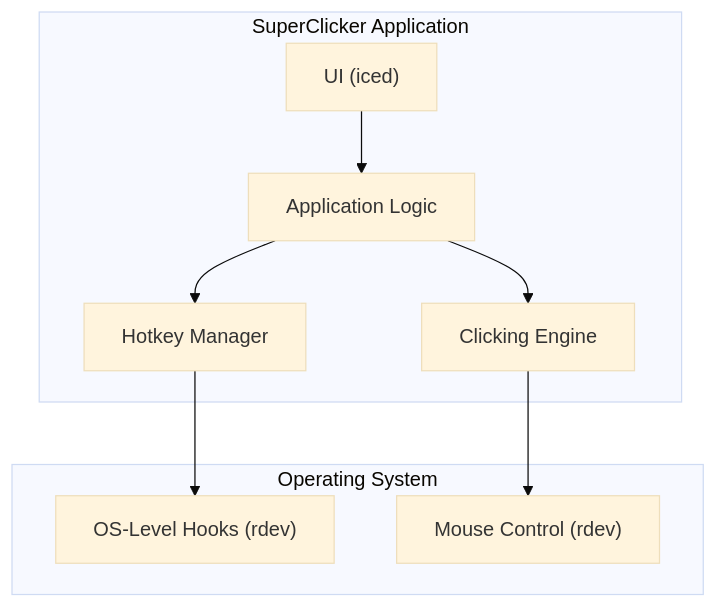
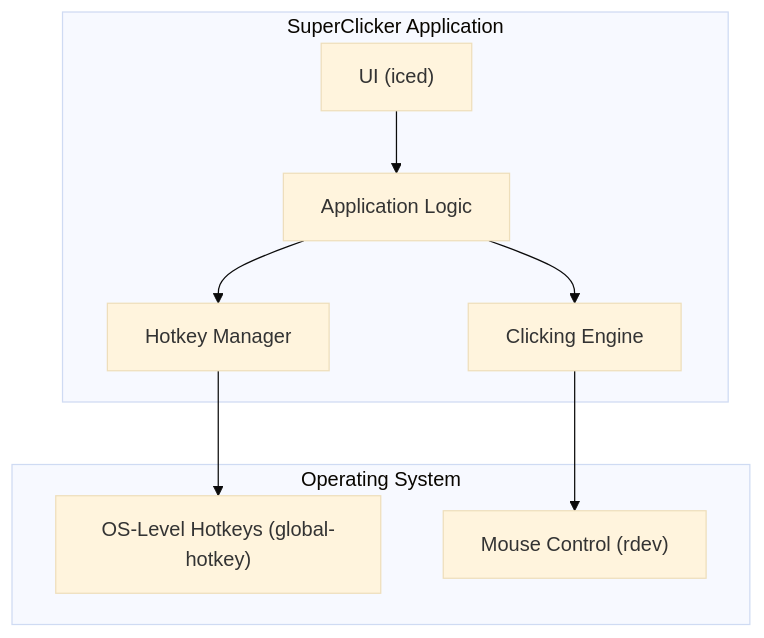
Before and after one commit to DivinoAG/SuperClicker: the diagram in docs/architecture.md, drawn with Mermaid (base theme). The commit also changed other lines of this file and 20 other files, not shown here.

````diff
--- a/docs/architecture.md
+++ b/docs/architecture.md
@@ -23,23 +24,23 @@
 ```mermaid
 graph TD
     A["UI (iced)"]
     B["Application Logic"]
     C["Hotkey Manager"]
     D["Clicking Engine"]
-    E["OS-Level Hooks (rdev)"]
+    E["OS-Level Hotkeys (global-hotkey)"]
     F["Mouse Control (rdev)"]
 
     subgraph "SuperClicker Application"
         A --> B
         B --> C
         B --> D
     end
 
     subgraph "Operating System"
         E
         F
     end
 
     C --> E
     D --> F
 ```
````
